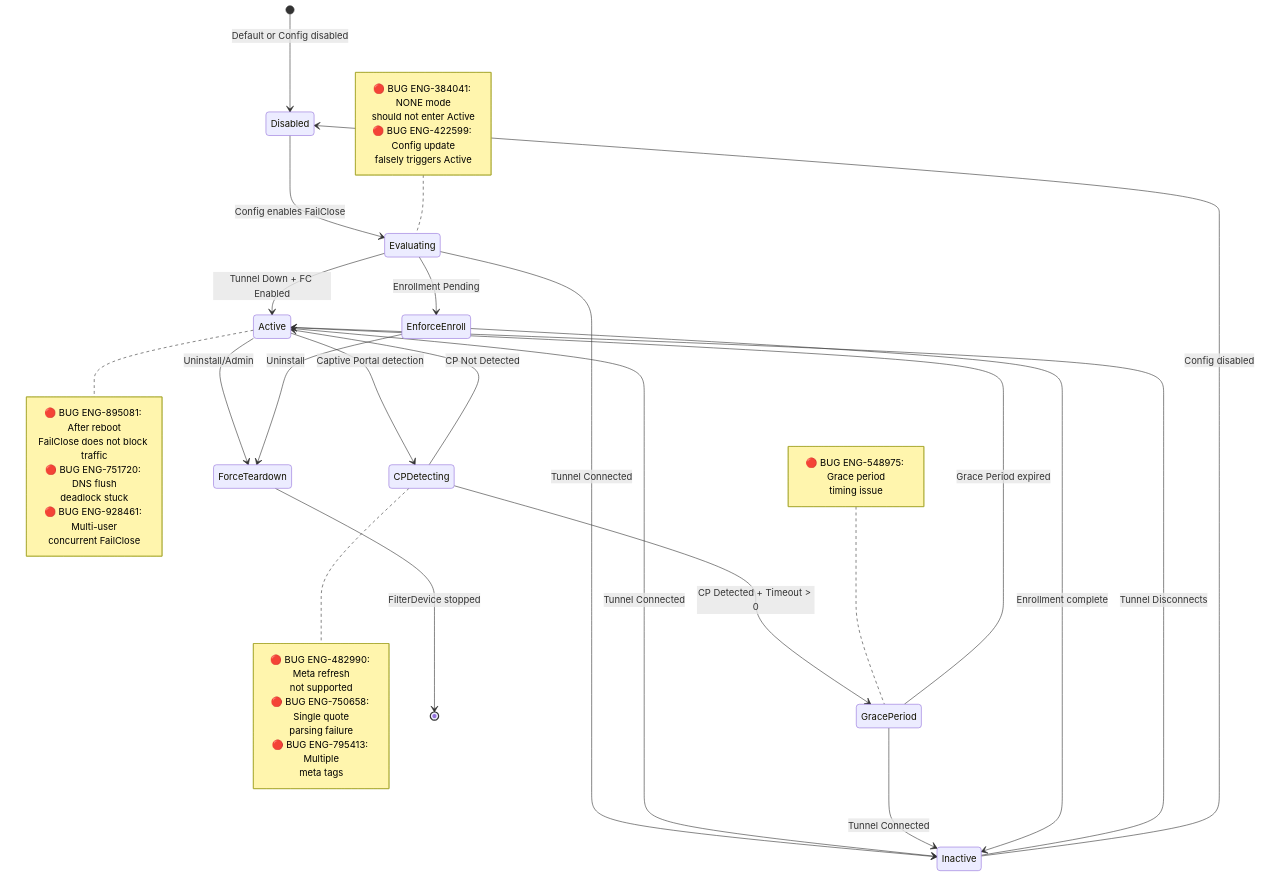
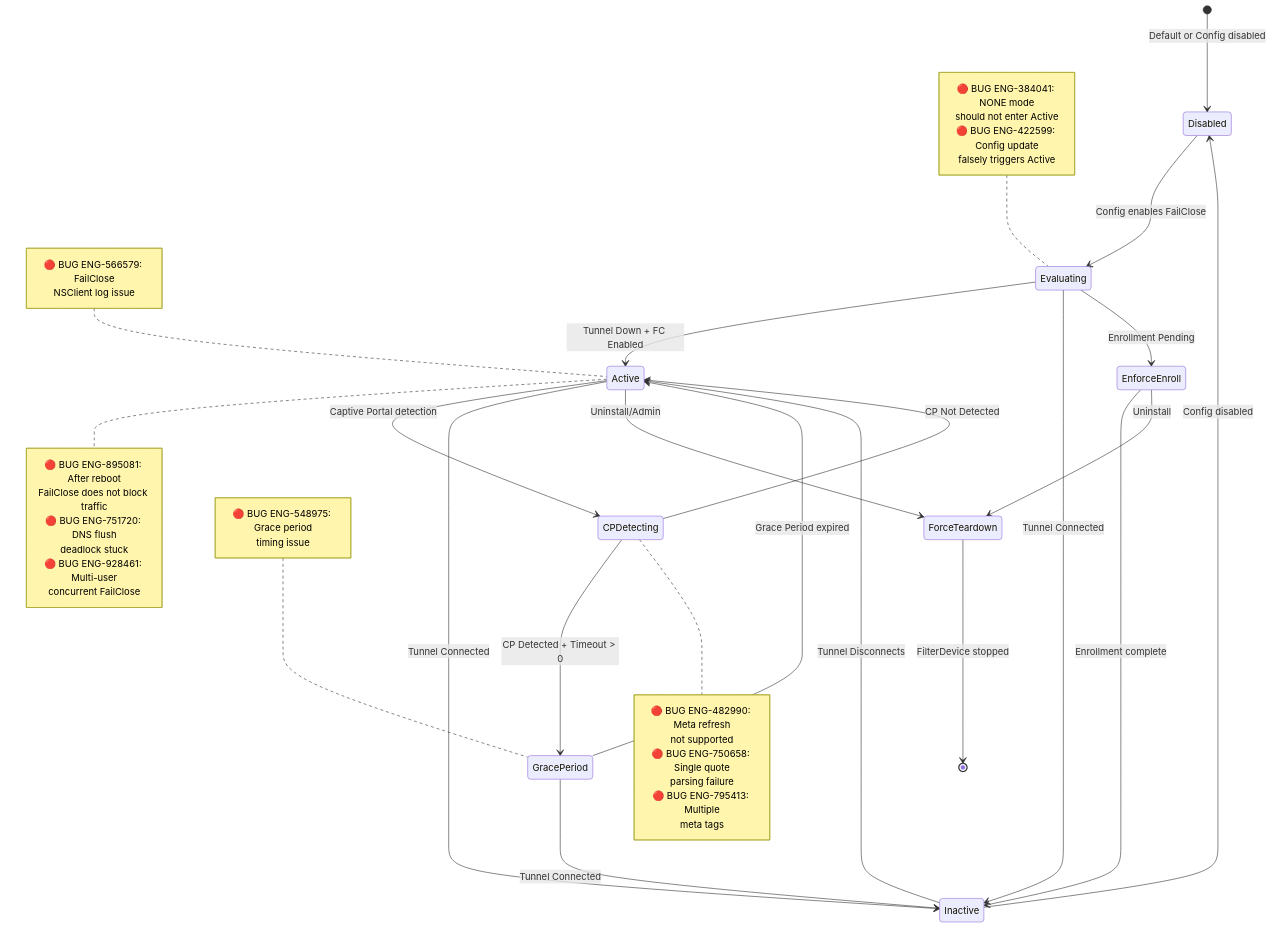
One commit to ns-klin/endpoint_system_test_plan changed the first of 7 diagrams in chapters/11_failclose.md. Above: the diagram before and after it, drawn with Mermaid. The commit also changed other lines of this file and 26 other files, not shown here.

First line of the commit message:
Add 87 bugs from Excel enrichment and integrate into mermaid diagrams

````diff
--- a/chapters/11_failclose.md
+++ b/chapters/11_failclose.md
@@ -33,49 +33,53 @@
 ```mermaid
 stateDiagram-v2
     [*] --> Disabled: Default or Config disabled
 
     Disabled --> Evaluating: Config enables FailClose
     
     Evaluating --> Active: Tunnel Down + FC Enabled
     Evaluating --> Inactive: Tunnel Connected
     Evaluating --> EnforceEnroll: Enrollment Pending
     
     Active --> CPDetecting: Captive Portal detection
     Active --> Inactive: Tunnel Connected
     Active --> ForceTeardown: Uninstall/Admin
 
     CPDetecting --> GracePeriod: CP Detected + Timeout > 0
     CPDetecting --> Active: CP Not Detected
 
     GracePeriod --> Active: Grace Period expired
     GracePeriod --> Inactive: Tunnel Connected
 
     Inactive --> Active: Tunnel Disconnects
     Inactive --> Disabled: Config disabled
     
     EnforceEnroll --> Inactive: Enrollment complete
     EnforceEnroll --> ForceTeardown: Uninstall
 
     ForceTeardown --> [*]: FilterDevice stopped
 
     note right of Active
         🔴 BUG ENG-895081: After reboot<br/>FailClose does not block traffic
         🔴 BUG ENG-751720: DNS flush<br/>deadlock stuck
         🔴 BUG ENG-928461: Multi-user<br/>concurrent FailClose
     end note
 
     note left of Evaluating
         🔴 BUG ENG-384041: NONE mode<br/>should not enter Active
         🔴 BUG ENG-422599: Config update<br/>falsely triggers Active
     end note
 
     note right of CPDetecting
         🔴 BUG ENG-482990: Meta refresh<br/>not supported
         🔴 BUG ENG-750658: Single quote<br/>parsing failure
         🔴 BUG ENG-795413: Multiple<br/>meta tags
     end note
 
     note left of GracePeriod
         🔴 BUG ENG-548975: Grace period<br/>timing issue
     end note
+
+    note left of Active
+        🔴 BUG ENG-566579: FailClose<br/>NSClient log issue
+    end note
 ```
````
